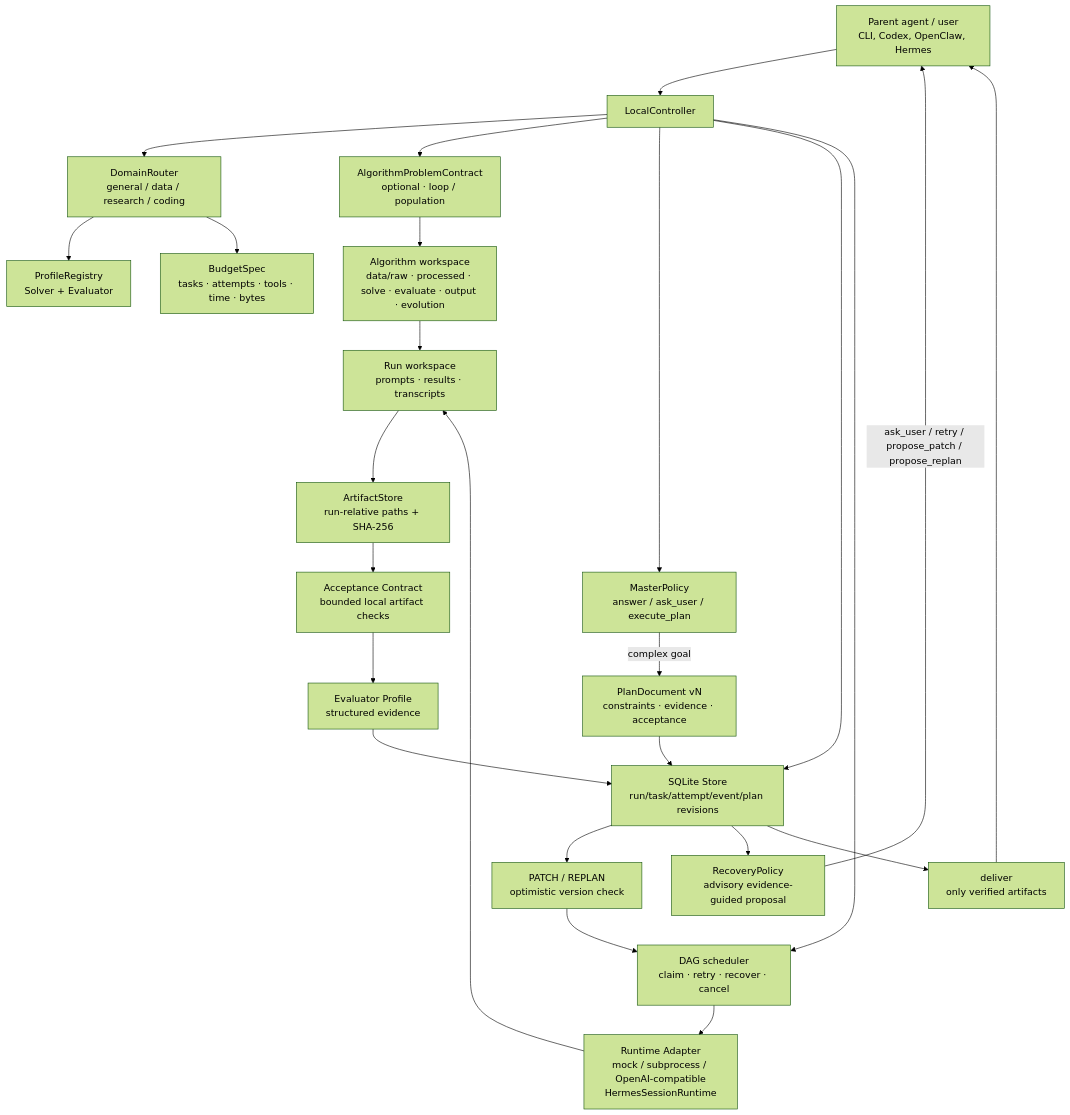
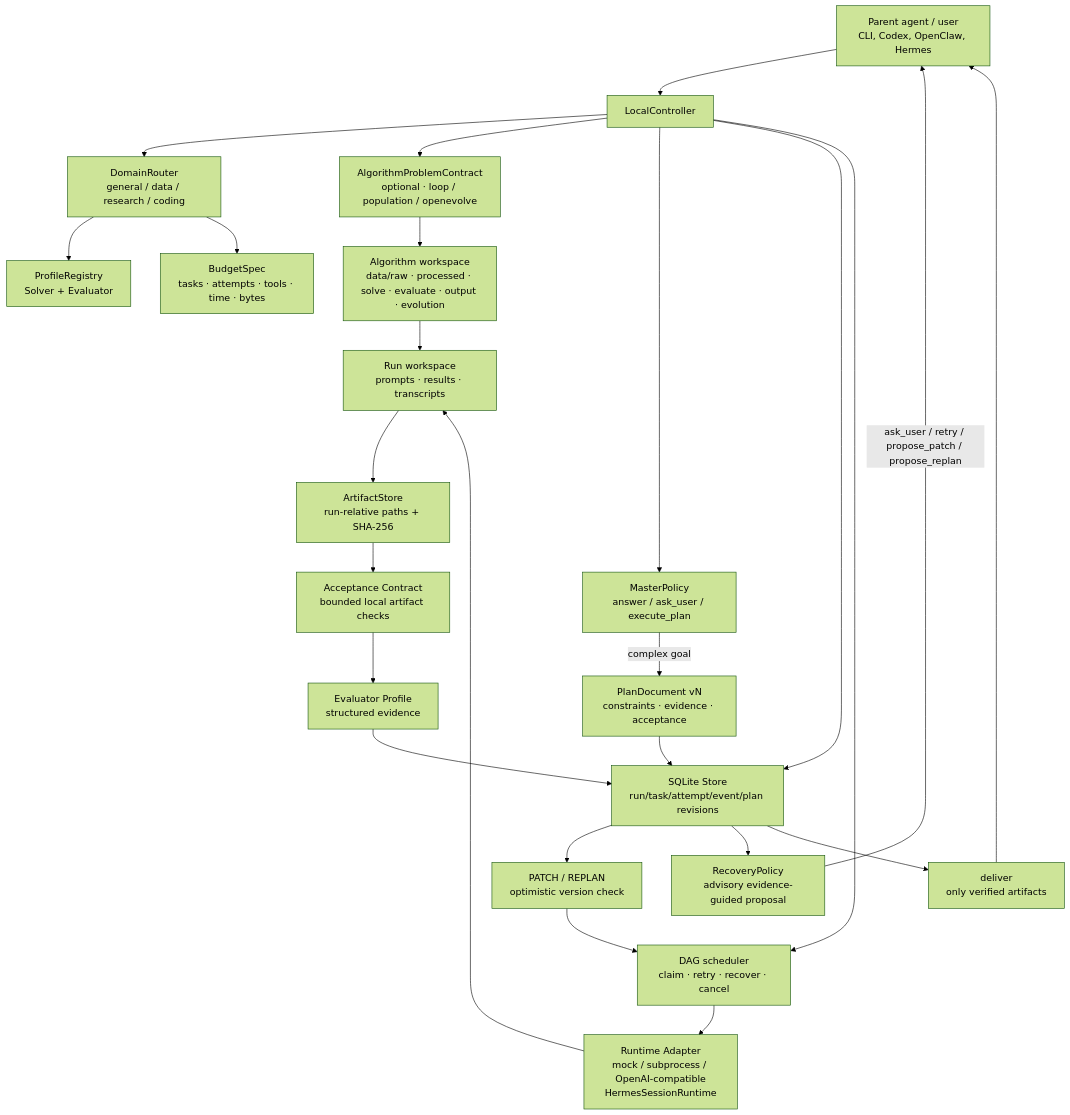
The diagram in docs/architecture.md (vchive/Lunar-Agent), drawn with Mermaid (forest theme) before and after one commit. The commit also changed other lines of this file and 15 other files, not shown here.

````diff
--- a/docs/architecture.md
+++ b/docs/architecture.md
@@ -8,27 +8,27 @@
 ```mermaid
 flowchart TD
     P[Parent agent / user\nCLI, Codex, OpenClaw, Hermes] --> C[LocalController]
     C --> R[DomainRouter\ngeneral / data / research / coding]
     R --> PR[ProfileRegistry\nSolver + Evaluator]
-    C --> AP[AlgorithmProblemContract\noptional · loop / population]
+    C --> AP[AlgorithmProblemContract\noptional · loop / population / openevolve]
     R --> B[BudgetSpec\ntasks · attempts · tools · time · bytes]
     C --> M[MasterPolicy\nanswer / ask_user / execute_plan]
     M -->|complex goal| PD[PlanDocument vN\nconstraints · evidence · acceptance]
     C --> S[SQLite Store\nrun/task/attempt/event/plan revisions]
     PD --> S
     C --> D[DAG scheduler\nclaim · retry · recover · cancel]
     D --> A[Runtime Adapter\nmock / subprocess / OpenAI-compatible\nHermesSessionRuntime]
     A --> W[Run workspace\nprompts · results · transcripts]
     AP --> AW[Algorithm workspace\ndata/raw · processed · solve · evaluate · output · evolution]
     AW --> W
     W --> AS[ArtifactStore\nrun-relative paths + SHA-256]
     AS --> AC[Acceptance Contract\nbounded local artifact checks]
     AC --> E[Evaluator Profile\nstructured evidence]
     E --> S
     S --> V[PATCH / REPLAN\noptimistic version check]
     V --> D
     S --> RP[RecoveryPolicy\nadvisory evidence-guided proposal]
     RP -->|ask_user / retry / propose_patch / propose_replan| P
     S --> DL[deliver\nonly verified artifacts]
     DL --> P
 ```
````
